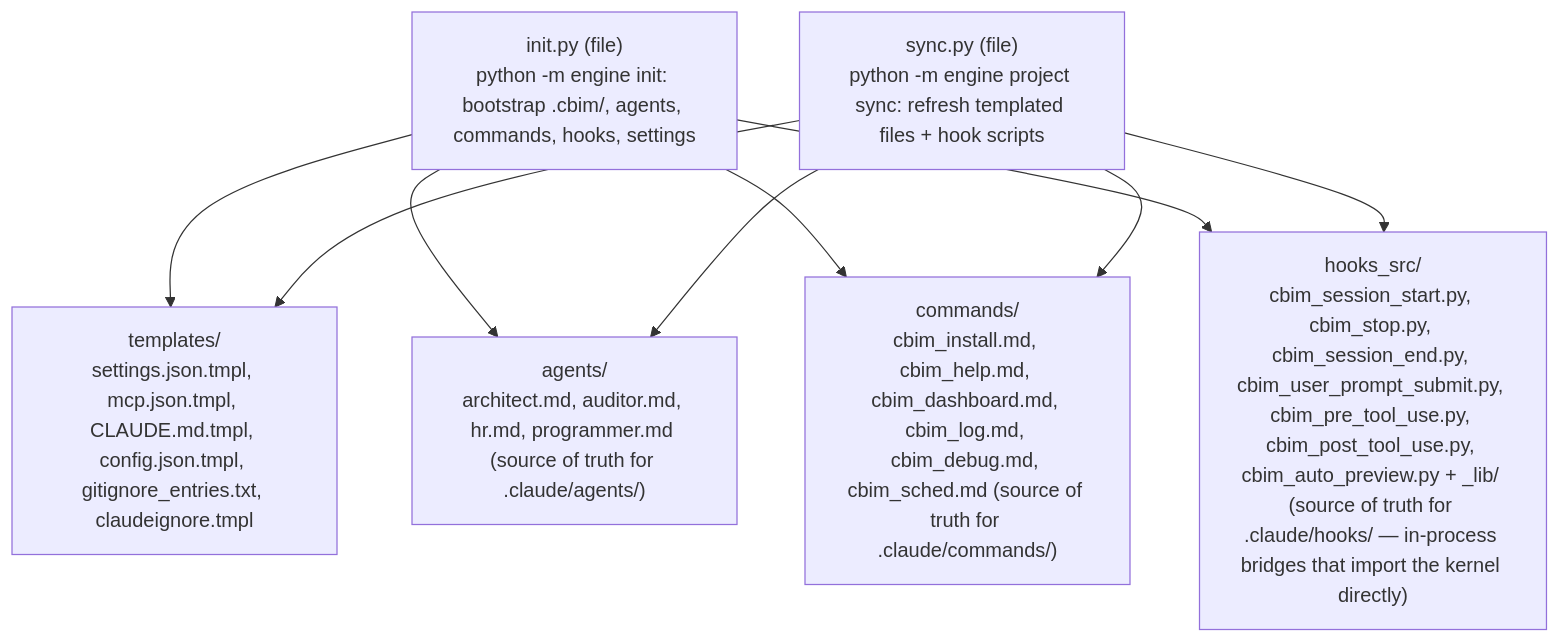
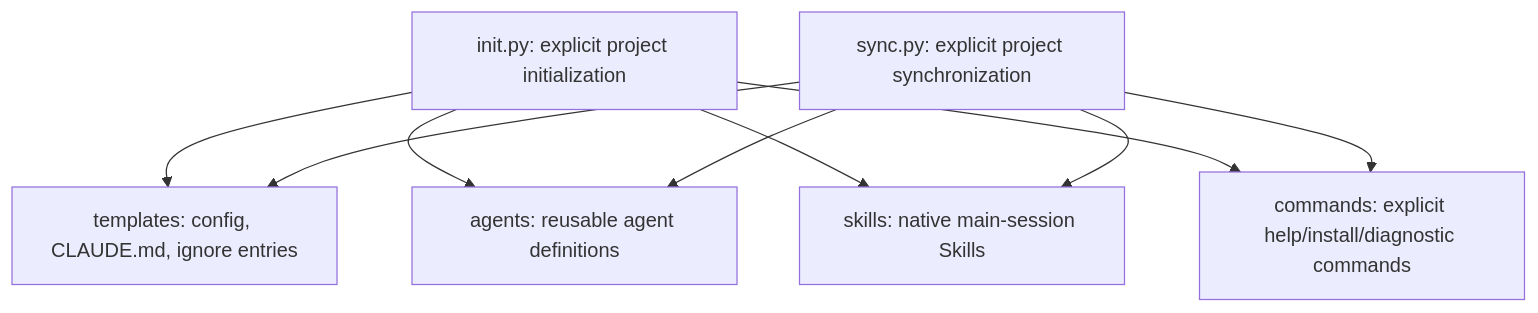
The diagram in v1/kernel/project/.dna/module.md (nan023062/cbim), drawn with Mermaid before and after one commit. The commit also changed other lines of this file and 247 other files, not shown here.

First line of the commit message:
refactor(v1): replace automatic orchestration with native skills

````diff
--- a/v1/kernel/project/.dna/module.md
+++ b/v1/kernel/project/.dna/module.md
@@ -25,18 +17,17 @@
 ```mermaid
 graph TD
-    init["init.py (file)<br/>python -m engine init: bootstrap .cbim/, agents, commands, hooks, settings"]
-    sync["sync.py (file)<br/>python -m engine project sync: refresh templated files + hook scripts"]
-    tpl["templates/<br/>settings.json.tmpl, mcp.json.tmpl, CLAUDE.md.tmpl, config.json.tmpl, gitignore_entries.txt, claudeignore.tmpl"]
-    agt["agents/<br/>architect.md, auditor.md, hr.md, programmer.md (source of truth for .claude/agents/)"]
-    cmd["commands/<br/>cbim_install.md, cbim_help.md, cbim_dashboard.md, cbim_log.md, cbim_debug.md, cbim_sched.md (source of truth for .claude/commands/)"]
-    hsr["hooks_src/<br/>cbim_session_start.py, cbim_stop.py, cbim_session_end.py, cbim_user_prompt_submit.py, cbim_pre_tool_use.py, cbim_post_tool_use.py, cbim_auto_preview.py + _lib/ (source of truth for .claude/hooks/ — in-process bridges that import the kernel directly)"]
-
-    init --> tpl
-    init --> agt
-    init --> cmd
-    init --> hsr
-    sync --> tpl
-    sync --> agt
-    sync --> cmd
-    sync --> hsr
+  init["init.py: explicit project initialization"]
+  sync["sync.py: explicit project synchronization"]
+  templates["templates: config, CLAUDE.md, ignore entries"]
+  agents["agents: reusable agent definitions"]
+  skills["skills: native main-session Skills"]
+  commands["commands: explicit help/install/diagnostic commands"]
+  init --> templates
+  init --> agents
+  init --> skills
+  init --> commands
+  sync --> templates
+  sync --> agents
+  sync --> skills
+  sync --> commands
 ```
````
